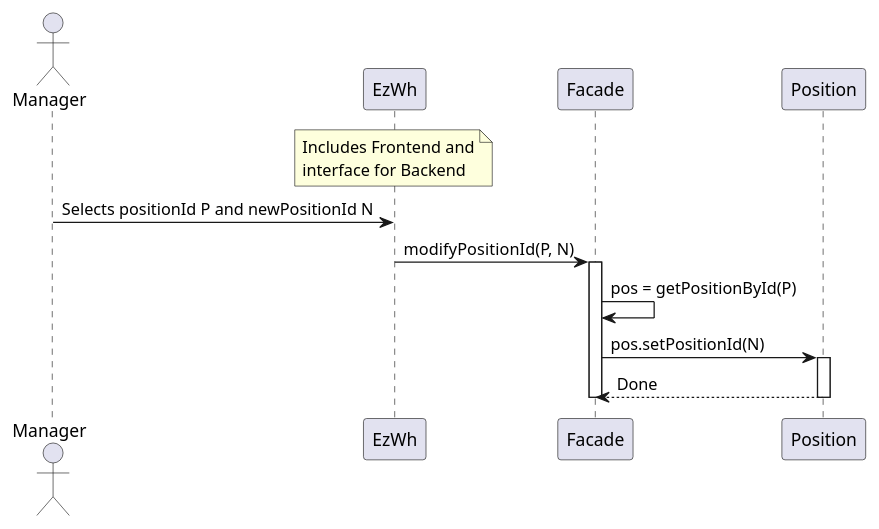
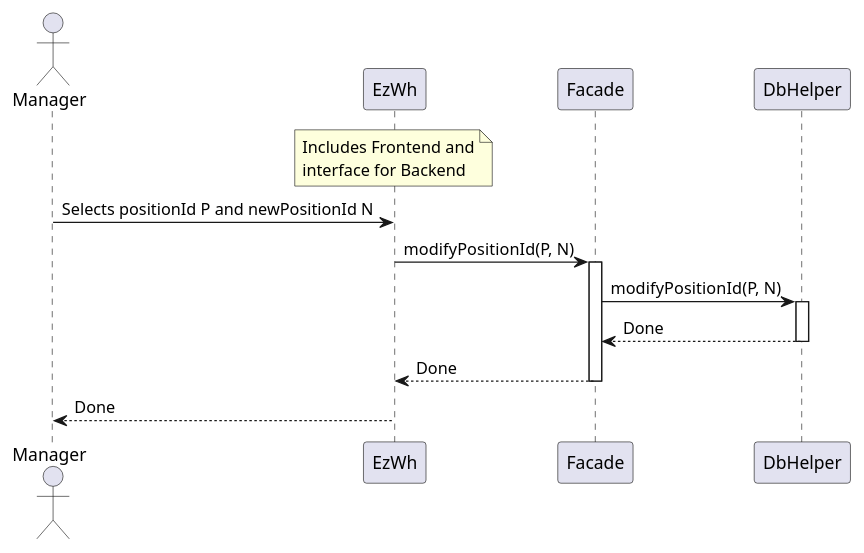
Before and after one commit to giuseppe-dandrea/EzWh: the sixth of 13 diagrams in DesignDocument.md, drawn with PlantUML. The commit also changed other lines of this file and 1 other file, not shown here.

Commit message:
Modified Scenarios 1 and 2. Renamed EzWh to EzWhFacade. Updated verification traceability matrix. Changed return value of Facade constructors to void.

````diff
--- a/DesignDocument.md
+++ b/DesignDocument.md
@@ -620,17 +637,18 @@
 ```plantuml
 actor Manager
 participant EzWh
 note over EzWh: Includes Frontend and\ninterface for Backend
 participant Facade
-participant Position
+participant DbHelper
 
 Manager -> EzWh: Selects positionId P and newPositionId N
 EzWh -> Facade: modifyPositionId(P, N)
 activate Facade
-Facade -> Facade: pos = getPositionById(P)
-Facade -> Position: pos.setPositionId(N)
-activate Position
-Position --> Facade: Done
-deactivate Position
+Facade -> DbHelper : modifyPositionId(P, N)
+activate DbHelper
+DbHelper --> Facade : Done
+deactivate DbHelper
+Facade --> EzWh : Done
 deactivate Facade
+EzWh --> Manager : Done
 ```
````
